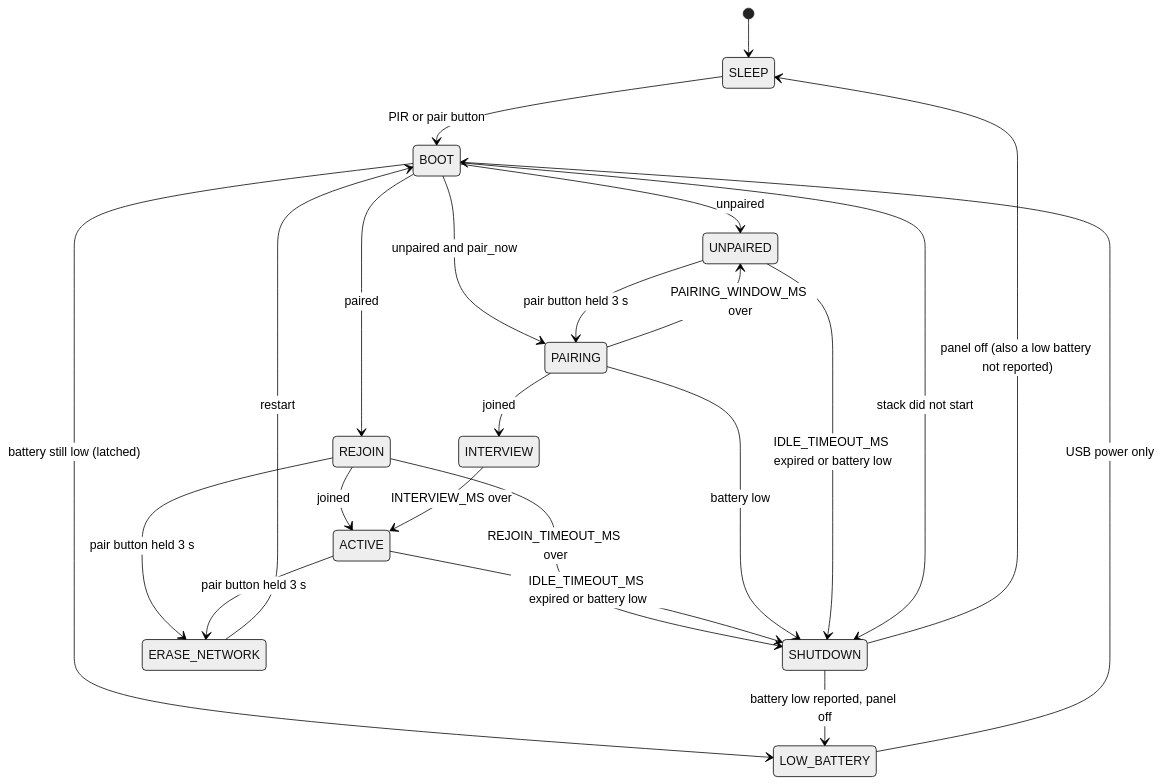
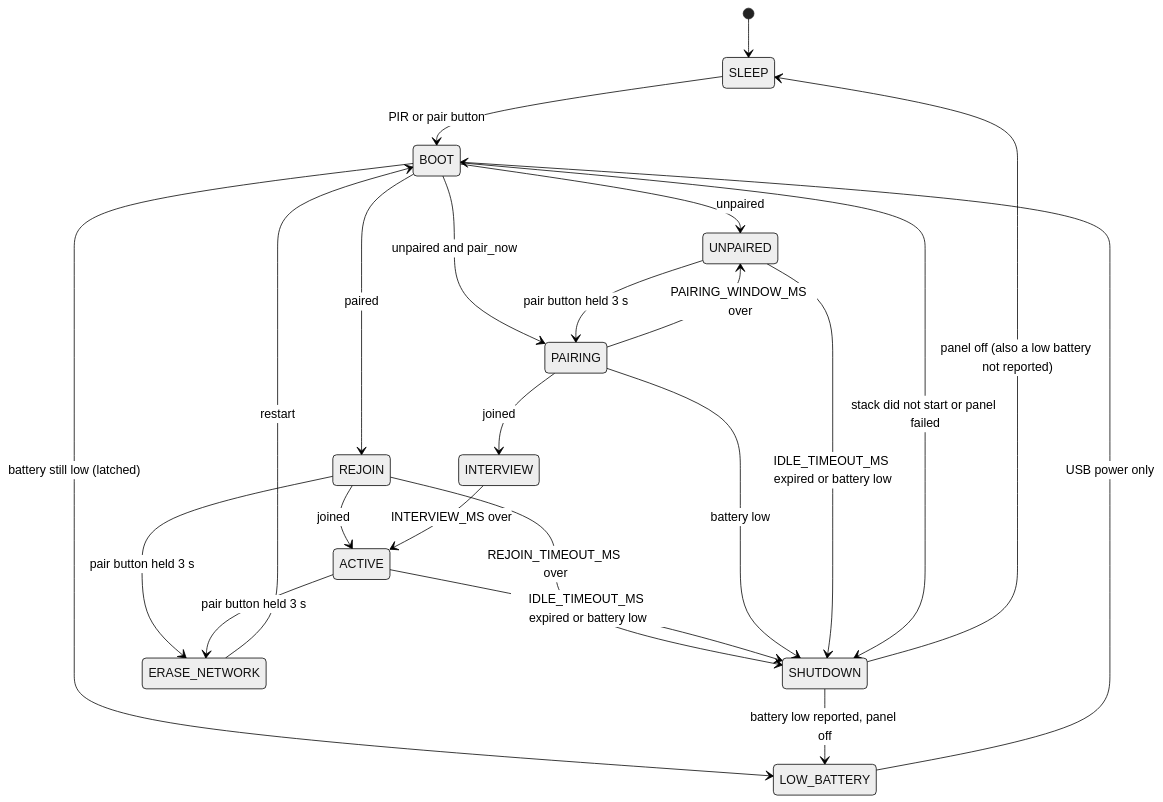
The first of 2 diagrams in docs/behaviour.md (vgabor99/greenlight), drawn with Mermaid (neutral theme) before and after one commit. The commit also changed other lines of this file and 6 other files, not shown here.

First line of the commit message:
Sleep when the panel fails at boot instead of draining the battery

````diff
--- a/docs/behaviour.md
+++ b/docs/behaviour.md
@@ -29,35 +29,35 @@
 ```mermaid
 stateDiagram-v2
     %% The declaration order sets the layout: paired path left, unpaired path in the middle, SHUTDOWN right.
     state BOOT
     state REJOIN
     state ACTIVE
     state ERASE_NETWORK
     state UNPAIRED
     state PAIRING
     state INTERVIEW
     state SHUTDOWN
     state LOW_BATTERY
     [*] --> SLEEP
     SLEEP --> BOOT: PIR or pair button
     BOOT --> REJOIN: paired
     BOOT --> UNPAIRED: unpaired
     BOOT --> PAIRING: unpaired and pair_now
     REJOIN --> ACTIVE: joined
     REJOIN --> SHUTDOWN: REJOIN_TIMEOUT_MS over
     REJOIN --> ERASE_NETWORK: pair button held 3 s
     ACTIVE --> ERASE_NETWORK: pair button held 3 s
     ERASE_NETWORK --> BOOT: restart
     ACTIVE --> SHUTDOWN: IDLE_TIMEOUT_MS expired or battery low
     UNPAIRED --> PAIRING: pair button held 3 s
     PAIRING --> UNPAIRED: PAIRING_WINDOW_MS over
     PAIRING --> INTERVIEW: joined
     INTERVIEW --> ACTIVE: INTERVIEW_MS over
     PAIRING --> SHUTDOWN: battery low
     UNPAIRED --> SHUTDOWN: IDLE_TIMEOUT_MS expired or battery low
-    BOOT --> SHUTDOWN: stack did not start
+    BOOT --> SHUTDOWN: stack did not start or panel failed
     BOOT --> LOW_BATTERY: battery still low (latched)
     SHUTDOWN --> LOW_BATTERY: battery low reported, panel off
     SHUTDOWN --> SLEEP: panel off (also a low battery not reported)
     LOW_BATTERY --> BOOT: USB power only
 ```
````
